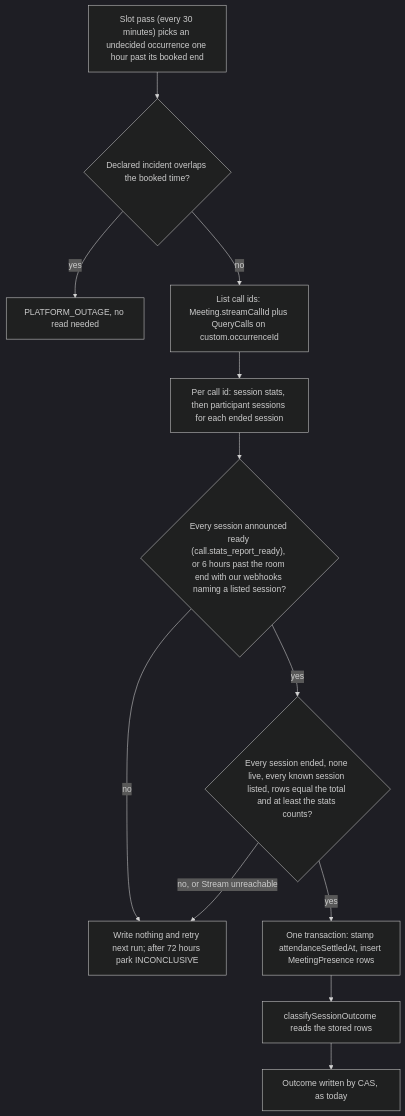
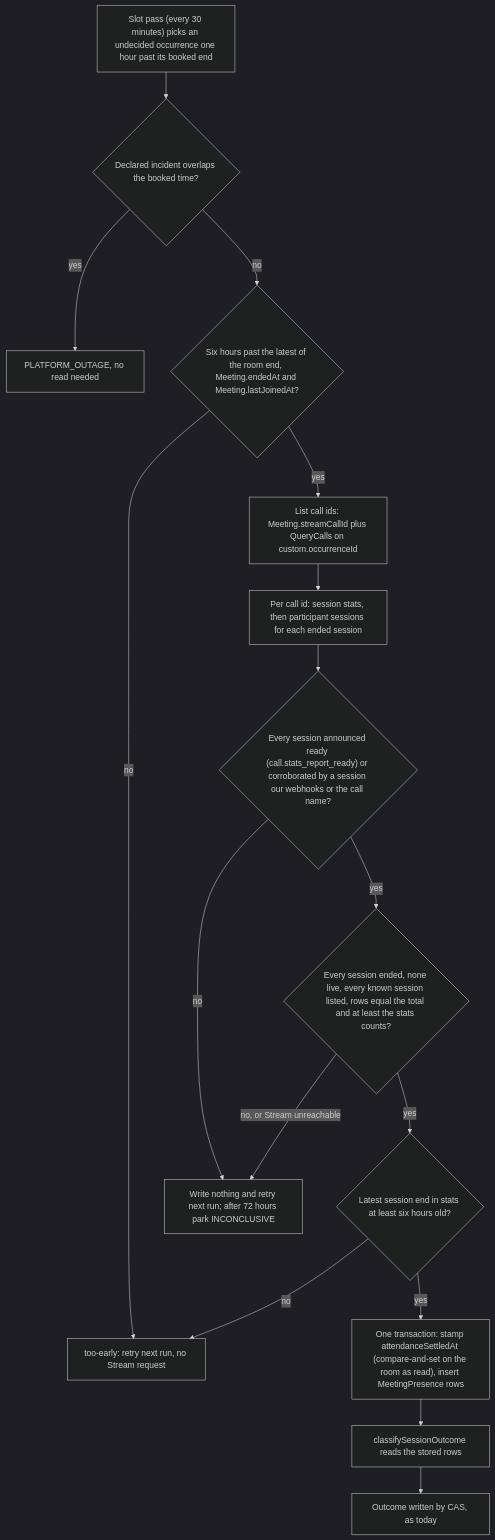
One commit to Practitionist/familiarise_web changed the diagram in docs/decisions/2026-11-22-session-outcomes-from-settled-stream-record.md. Above: the diagram before and after it, drawn with Mermaid (dark theme). The commit also changed other lines of this file and 12 other files, not shown here.

First line of the commit message:
fix(attendance): a host end keeps the session it looked up when another end lands meanwhile, and a participant total that changes between pages is not final

````diff
--- a/docs/decisions/2026-11-22-session-outcomes-from-settled-stream-record.md
+++ b/docs/decisions/2026-11-22-session-outcomes-from-settled-stream-record.md
@@ -61,14 +63,18 @@
 ```mermaid
 flowchart TD
   A["Slot pass (every 30 minutes) picks an undecided occurrence one hour past its booked end"] --> B{"Declared incident overlaps the booked time?"}
   B -- "yes" --> P["PLATFORM_OUTAGE, no read needed"]
-  B -- "no" --> C["List call ids: Meeting.streamCallId plus QueryCalls on custom.occurrenceId"]
+  B -- "no" --> W{"Six hours past the latest of the room end, Meeting.endedAt and Meeting.lastJoinedAt?"}
+  W -- "no" --> T["too-early: retry next run, no Stream request"]
+  W -- "yes" --> C["List call ids: Meeting.streamCallId plus QueryCalls on custom.occurrenceId"]
   C --> D["Per call id: session stats, then participant sessions for each ended session"]
-  D --> R{"Every session announced ready (call.stats_report_ready), or 6 hours past the room end with our webhooks naming a listed session?"}
+  D --> R{"Every session announced ready (call.stats_report_ready) or corroborated by a session our webhooks or the call name?"}
   R -- "no" --> F["Write nothing and retry next run; after 72 hours park INCONCLUSIVE"]
   R -- "yes" --> E{"Every session ended, none live, every known session listed, rows equal the total and at least the stats counts?"}
   E -- "no, or Stream unreachable" --> F
-  E -- "yes" --> G["One transaction: stamp attendanceSettledAt, insert MeetingPresence rows"]
+  E -- "yes" --> L{"Latest session end in stats at least six hours old?"}
+  L -- "no" --> T
+  L -- "yes" --> G["One transaction: stamp attendanceSettledAt (compare-and-set on the room as read), insert MeetingPresence rows"]
   G --> H["classifySessionOutcome reads the stored rows"]
   H --> I["Outcome written by CAS, as today"]
 ```
````
